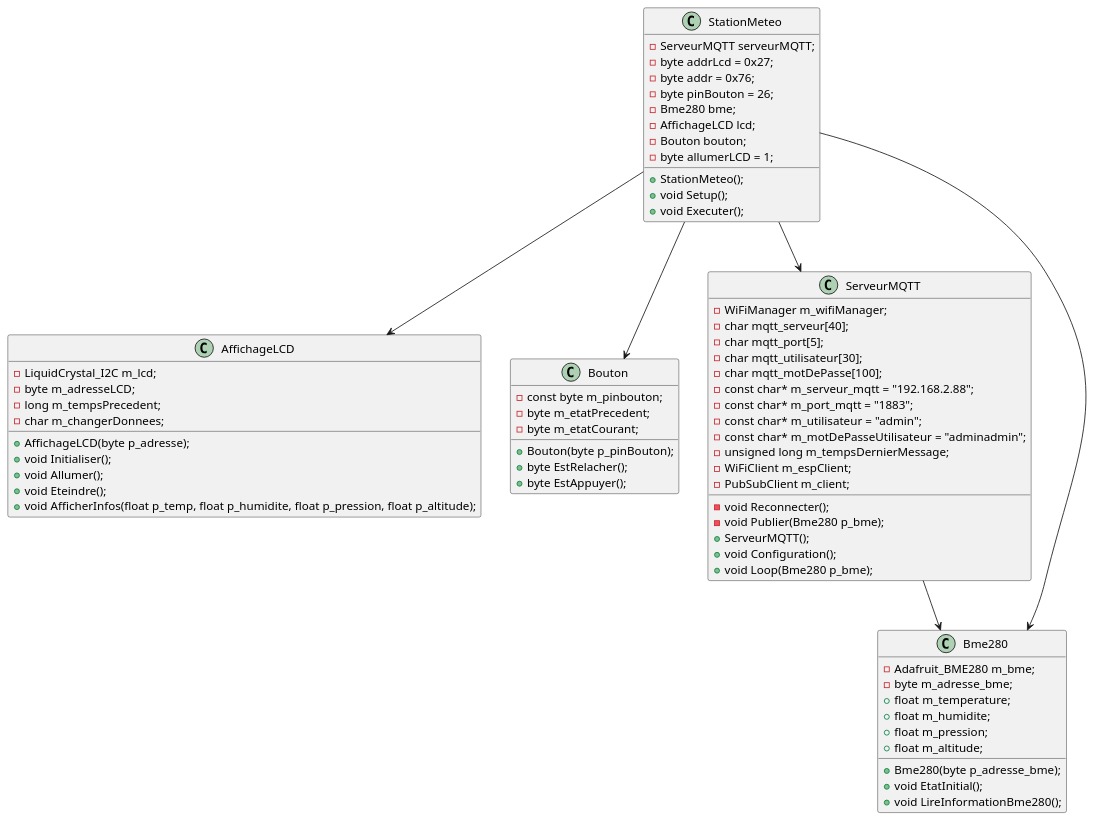
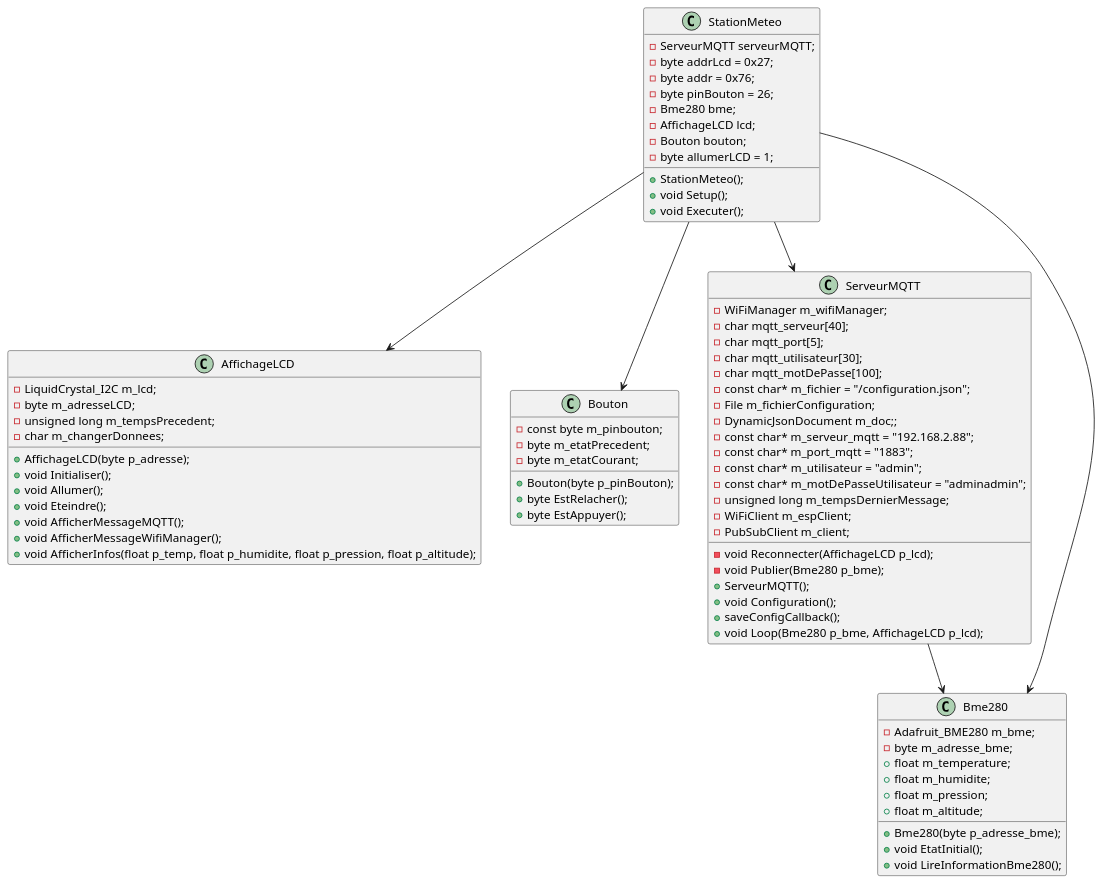
The diagram in DiagrammeDeClasse/DiagrammeStationMeteo.wsd (Keven44977/Station-Meteo-TP3), drawn with PlantUML before and after one commit. The commit also changed 4 other files, not shown here.

Commit message:
Ajout de lecture de config dans un fichier json

```diff
--- a/DiagrammeDeClasse/DiagrammeStationMeteo.wsd
+++ b/DiagrammeDeClasse/DiagrammeStationMeteo.wsd
@@ -1,80 +1,86 @@
 @startuml StationMeteo
 
 class StationMeteo {
     - ServeurMQTT serveurMQTT;
     - byte addrLcd = 0x27;
     - byte addr = 0x76;
     - byte pinBouton = 26;
     - Bme280 bme;
     - AffichageLCD lcd;
     - Bouton bouton;
     - byte allumerLCD = 1;
 
     + StationMeteo();
     + void Setup();
     + void Executer();
 }
 
 class Bme280 {
     - Adafruit_BME280 m_bme;
     - byte m_adresse_bme;
     + float m_temperature;
     + float m_humidite;
     + float m_pression;
     + float m_altitude;
 
     + Bme280(byte p_adresse_bme);
     + void EtatInitial();
     + void LireInformationBme280();
 }
 
 class AffichageLCD {
     - LiquidCrystal_I2C m_lcd;
     - byte m_adresseLCD;
-    - long m_tempsPrecedent;
+    - unsigned long m_tempsPrecedent;
     - char m_changerDonnees;
 
     + AffichageLCD(byte p_adresse);
     + void Initialiser();
     + void Allumer();
     + void Eteindre();
+    + void AfficherMessageMQTT();
+    + void AfficherMessageWifiManager();
     + void AfficherInfos(float p_temp, float p_humidite, float p_pression, float p_altitude);
 }
 
 class Bouton {
     - const byte m_pinbouton;
     - byte m_etatPrecedent;
     - byte m_etatCourant;
 
     + Bouton(byte p_pinBouton);
     + byte EstRelacher();
     + byte EstAppuyer();
 }
 
 class ServeurMQTT {
     - WiFiManager m_wifiManager;
     - char mqtt_serveur[40];
     - char mqtt_port[5];
     - char mqtt_utilisateur[30];
     - char mqtt_motDePasse[100];
+    - const char* m_fichier = "/configuration.json";
+    - File m_fichierConfiguration;
+    - DynamicJsonDocument m_doc;;
     - const char* m_serveur_mqtt = "192.168.2.88";
     - const char* m_port_mqtt = "1883";
     - const char* m_utilisateur = "admin";
     - const char* m_motDePasseUtilisateur = "adminadmin";
     - unsigned long m_tempsDernierMessage;
     - WiFiClient m_espClient;
     - PubSubClient m_client;
 
-    - void Reconnecter();
+    - void Reconnecter(AffichageLCD p_lcd);
     - void Publier(Bme280 p_bme);
     + ServeurMQTT();
     + void Configuration();
-    + void Loop(Bme280 p_bme);
+    + saveConfigCallback();
+    + void Loop(Bme280 p_bme, AffichageLCD p_lcd);
 }
 
 ServeurMQTT --> Bme280
 StationMeteo --> ServeurMQTT
 StationMeteo --> AffichageLCD
 Bme280 <-- StationMeteo
 StationMeteo --> Bouton
 @enduml
```
